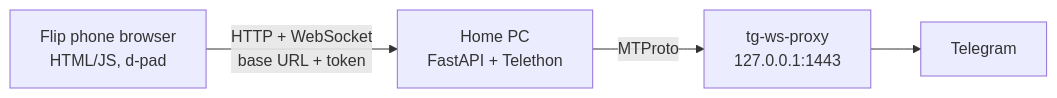
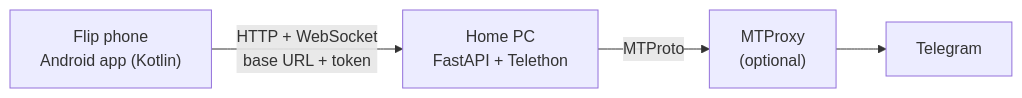
The diagram in README.md (q43b/telegram-flip-client), drawn with Mermaid before and after one commit. The commit also changed other lines of this file and 6 other files, not shown here.

First line of the commit message:
Rewrite the README for the Android app and packaged server

````diff
--- a/README.md
+++ b/README.md
@@ -26,6 +29,6 @@
 ```mermaid
 flowchart LR
-    Phone["Flip phone browser<br/>HTML/JS, d-pad"] -- "HTTP + WebSocket<br/>base URL + token" --> Server["Home PC<br/>FastAPI + Telethon"]
-    Server -- "MTProto" --> Proxy["tg-ws-proxy<br/>127.0.0.1:1443"]
+    Phone["Flip phone<br/>Android app (Kotlin)"] -- "HTTP + WebSocket<br/>base URL + token" --> Server["Home PC<br/>FastAPI + Telethon"]
+    Server -- "MTProto" --> Proxy["MTProxy<br/>(optional)"]
     Proxy --> TG["Telegram"]
 ```
````
